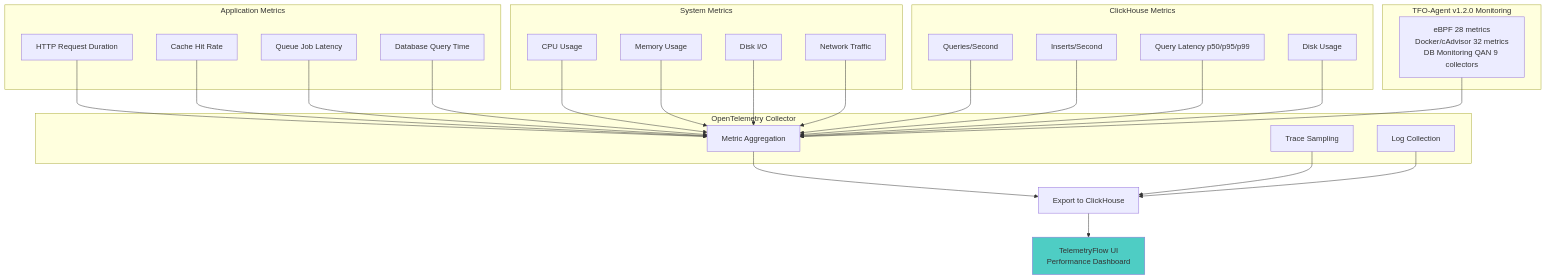
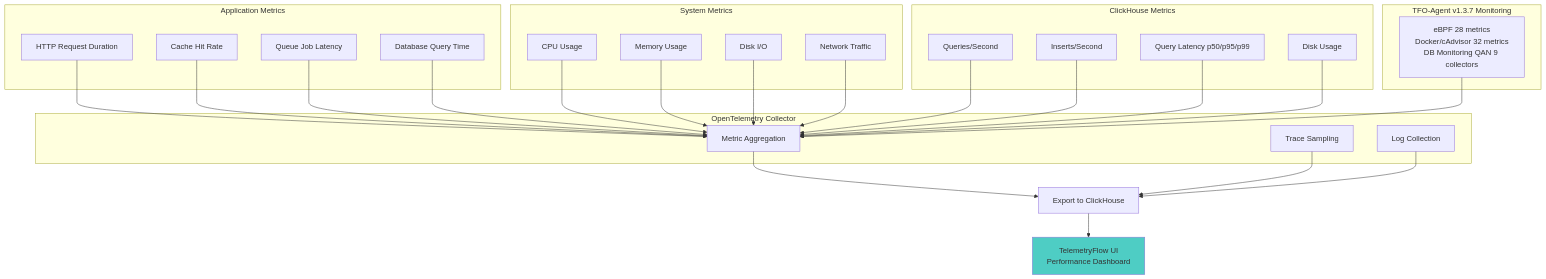
Before and after one commit to telemetryflow/telemetryflow-overview: diagram 47 of 54 in architecture/05-PERFORMANCE.md, drawn with Mermaid. The commit also changed other lines of this file and 11 other files, not shown here.

````diff
--- a/architecture/05-PERFORMANCE.md
+++ b/architecture/05-PERFORMANCE.md
@@ -1745,55 +1745,55 @@
 ```mermaid
 graph TB
     subgraph "Application Metrics"
         A[HTTP Request Duration]
         B[Cache Hit Rate]
         C[Queue Job Latency]
         D[Database Query Time]
     end
 
     subgraph "System Metrics"
         E[CPU Usage]
         F[Memory Usage]
         G[Disk I/O]
         H[Network Traffic]
     end
 
     subgraph "ClickHouse Metrics"
         I[Queries/Second]
         J[Inserts/Second]
         K[Query Latency p50/p95/p99]
         L[Disk Usage]
     end
 
     subgraph "OpenTelemetry Collector"
         M[Metric Aggregation]
         N[Trace Sampling]
         O[Log Collection]
     end
 
-    subgraph "TFO-Agent v1.2.0 Monitoring"
+    subgraph "TFO-Agent v1.3.7 Monitoring"
         P2[eBPF 28 metrics<br/>Docker/cAdvisor 32 metrics<br/>DB Monitoring QAN 9 collectors]
     end
 
     A --> M
     B --> M
     C --> M
     D --> M
     E --> M
     F --> M
     G --> M
     H --> M
     I --> M
     J --> M
     K --> M
     L --> M
 
     M --> P[Export to ClickHouse]
     N --> P
     O --> P
     P2 --> M
 
     P --> Q[TelemetryFlow UI<br/>Performance Dashboard]
 
     style Q fill:#4ecdc4
 ```
````
